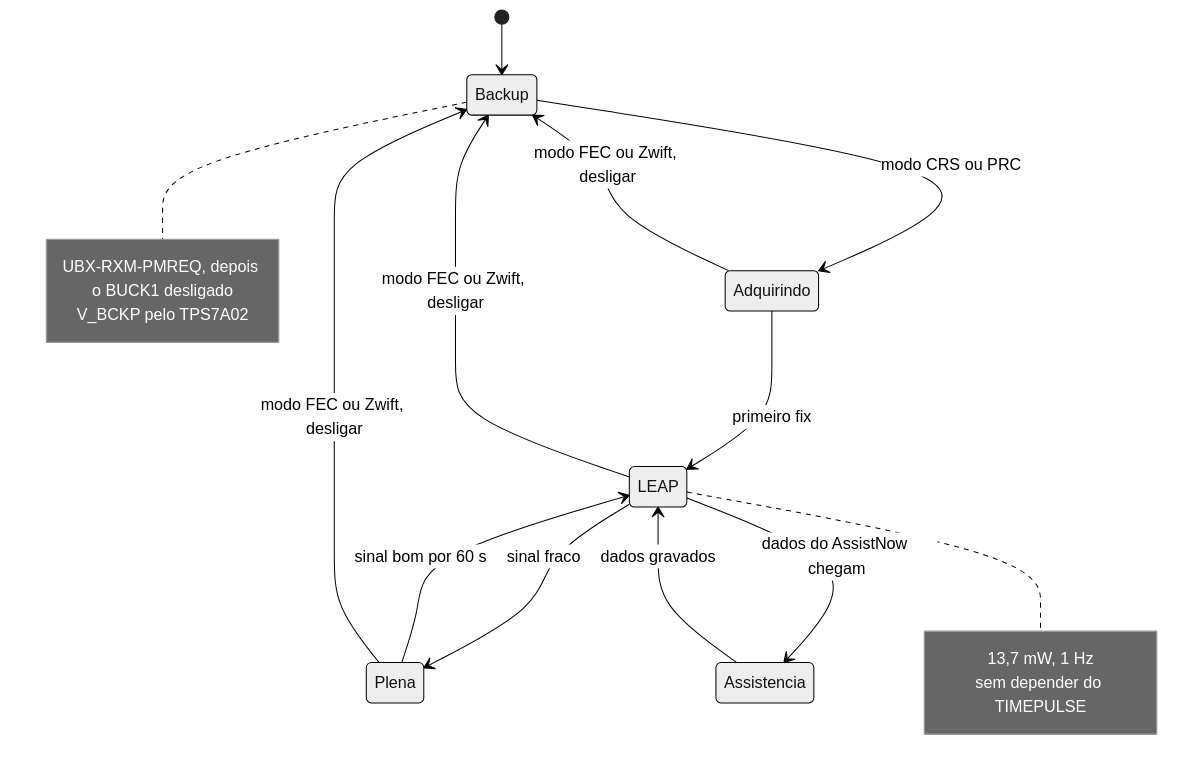
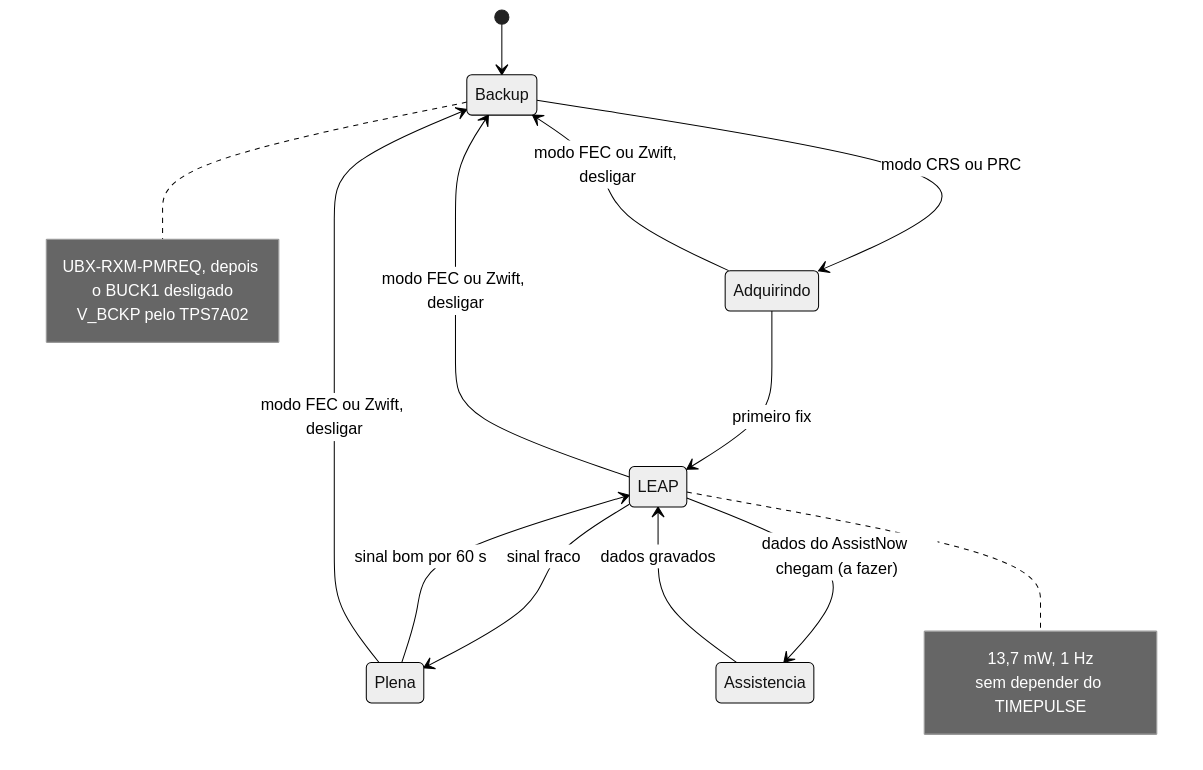
Before and after one commit to Guiimartinho/gnss-bike-computer: the sixth of 13 diagrams in docs/16-arquitetura-firmware.md, drawn with Mermaid (neutral theme). The commit also changed other lines of this file and 28 other files, not shown here.

````diff
--- a/docs/16-arquitetura-firmware.md
+++ b/docs/16-arquitetura-firmware.md
@@ -234,21 +234,21 @@
 ```mermaid
 stateDiagram-v2
     [*] --> Backup
     Backup --> Adquirindo: modo CRS ou PRC
     Adquirindo --> LEAP: primeiro fix
     LEAP --> Plena: sinal fraco
     Plena --> LEAP: sinal bom por 60 s
-    LEAP --> Assistencia: dados do AssistNow chegam
+    LEAP --> Assistencia: dados do AssistNow chegam (a fazer)
     Assistencia --> LEAP: dados gravados
     LEAP --> Backup: modo FEC ou Zwift, desligar
     Plena --> Backup: modo FEC ou Zwift, desligar
     Adquirindo --> Backup: modo FEC ou Zwift, desligar
     note right of LEAP
         13,7 mW, 1 Hz
         sem depender do TIMEPULSE
     end note
     note right of Backup
         UBX-RXM-PMREQ, depois o BUCK1 desligado
         V_BCKP pelo TPS7A02
     end note
 ```
````
